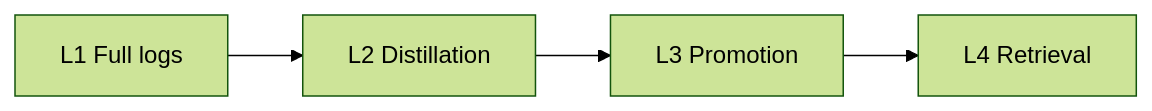
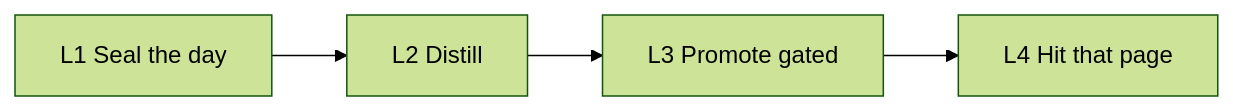
The diagram in README.md (398894496-arch/runtime36), drawn with Mermaid (forest theme) before and after one commit. The commit also changed other lines of this file and 1 other file, not shown here.

Commit message:
Lead the listing with self-evolution, gated promotion, and correction.

````diff
--- a/README.md
+++ b/README.md
@@ -101,4 +12,6 @@
 ```mermaid
 flowchart LR
-  L1[L1 Full logs] --> L2[L2 Distillation] --> L3[L3 Promotion] --> L4[L4 Retrieval]
+  L1[L1 Seal the day] --> L2[L2 Distill]
+  L2 --> L3[L3 Promote gated]
+  L3 --> L4[L4 Hit that page]
 ```
````
